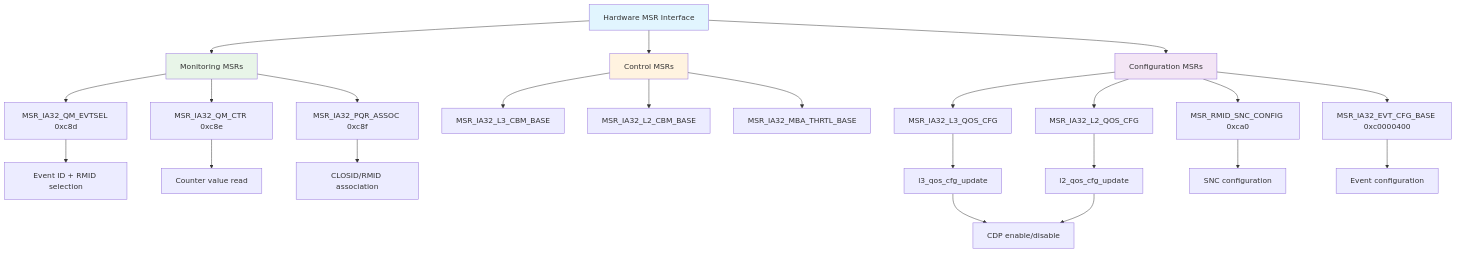
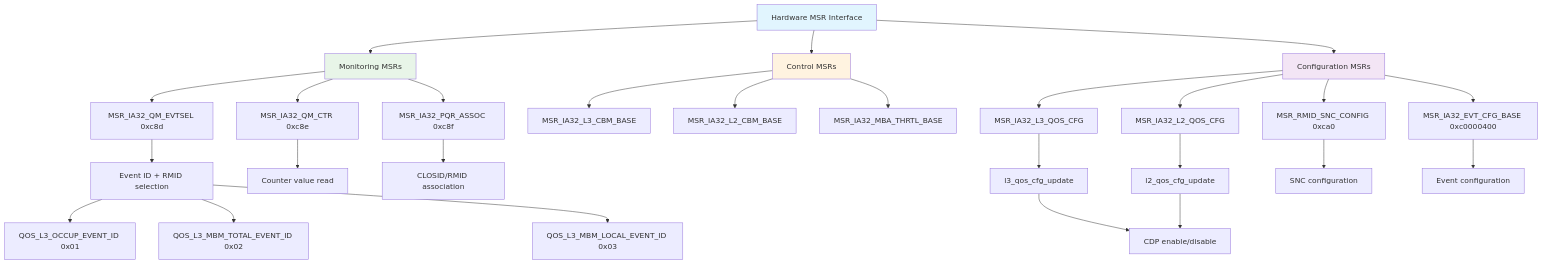
One commit to torvalds/linux changed the seventh of 26 diagrams in scratchpad/x64-resctrl-diagrams.md. Above: the diagram before and after it, drawn with Mermaid. The commit also changed other lines of this file, not shown here.

Commit message:
add diagrams

````diff
--- a/scratchpad/x64-resctrl-diagrams.md
+++ b/scratchpad/x64-resctrl-diagrams.md
@@ -171,36 +260,39 @@
 ```mermaid
 graph TD
     A[Hardware MSR Interface] --> B[Monitoring MSRs]
     A --> C[Control MSRs]
     A --> D[Configuration MSRs]
     
     B --> E[MSR_IA32_QM_EVTSEL 0xc8d]
     B --> F[MSR_IA32_QM_CTR 0xc8e]
     B --> G[MSR_IA32_PQR_ASSOC 0xc8f]
     
     C --> H[MSR_IA32_L3_CBM_BASE]
     C --> I[MSR_IA32_L2_CBM_BASE]
     C --> J[MSR_IA32_MBA_THRTL_BASE]
     
     D --> K[MSR_IA32_L3_QOS_CFG]
     D --> L[MSR_IA32_L2_QOS_CFG]
     D --> M[MSR_RMID_SNC_CONFIG 0xca0]
     D --> N[MSR_IA32_EVT_CFG_BASE 0xc0000400]
     
     E --> O[Event ID + RMID selection]
+    O --> OA[QOS_L3_OCCUP_EVENT_ID 0x01]
+    O --> OB[QOS_L3_MBM_TOTAL_EVENT_ID 0x02]
+    O --> OC[QOS_L3_MBM_LOCAL_EVENT_ID 0x03]
     F --> P[Counter value read]
     G --> Q[CLOSID/RMID association]
     
     K --> R[l3_qos_cfg_update]
     L --> S[l2_qos_cfg_update]
     M --> T[SNC configuration]
     N --> U[Event configuration]
     
     R --> V[CDP enable/disable]
     S --> V
     
     style A fill:#e1f5fe
     style B fill:#e8f5e8
     style C fill:#fff3e0
     style D fill:#f3e5f5
 ```
````
